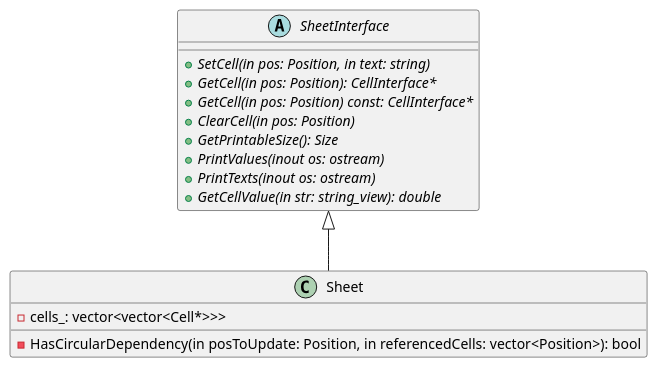
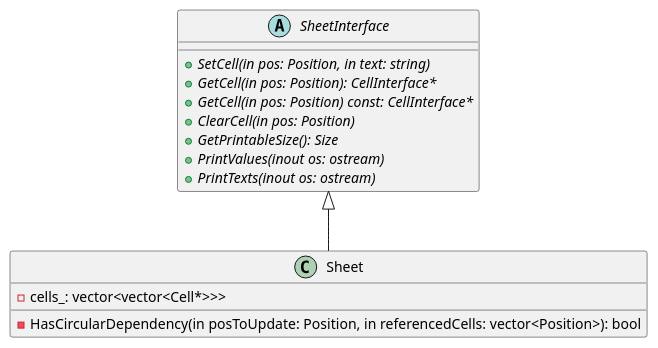
Before and after one commit to kazarynau/YandexPraktikumFinal: the diagram in uml/sheet.puml, drawn with PlantUML. The commit also changed 4 other files, not shown here.

```diff
--- a/uml/sheet.puml
+++ b/uml/sheet.puml
@@ -2,21 +2,20 @@
 @startuml
 
 abstract class SheetInterface {
     +{abstract} SetCell(in pos: Position, in text: string)
     +{abstract} GetCell(in pos: Position): CellInterface*
     +{abstract} GetCell(in pos: Position) const: CellInterface*
     +{abstract} ClearCell(in pos: Position)
     +{abstract} GetPrintableSize(): Size
     +{abstract} PrintValues(inout os: ostream)
     +{abstract} PrintTexts(inout os: ostream)
-    +{abstract} GetCellValue(in str: string_view): double
 }
 
 class Sheet {
     -cells_: vector<vector<Cell*>>>
     -HasCircularDependency(in posToUpdate: Position, in referencedCells: vector<Position>): bool
 }
 
 class Sheet extends SheetInterface
 
 @enduml
```
